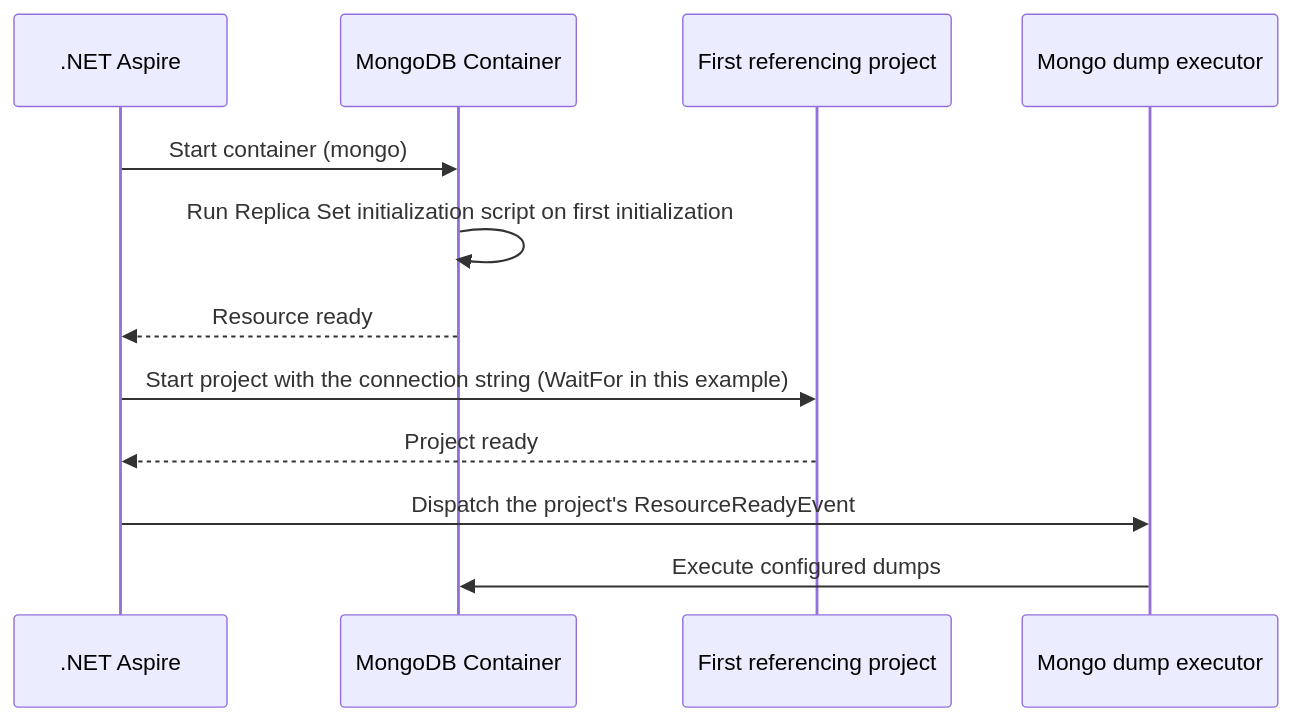
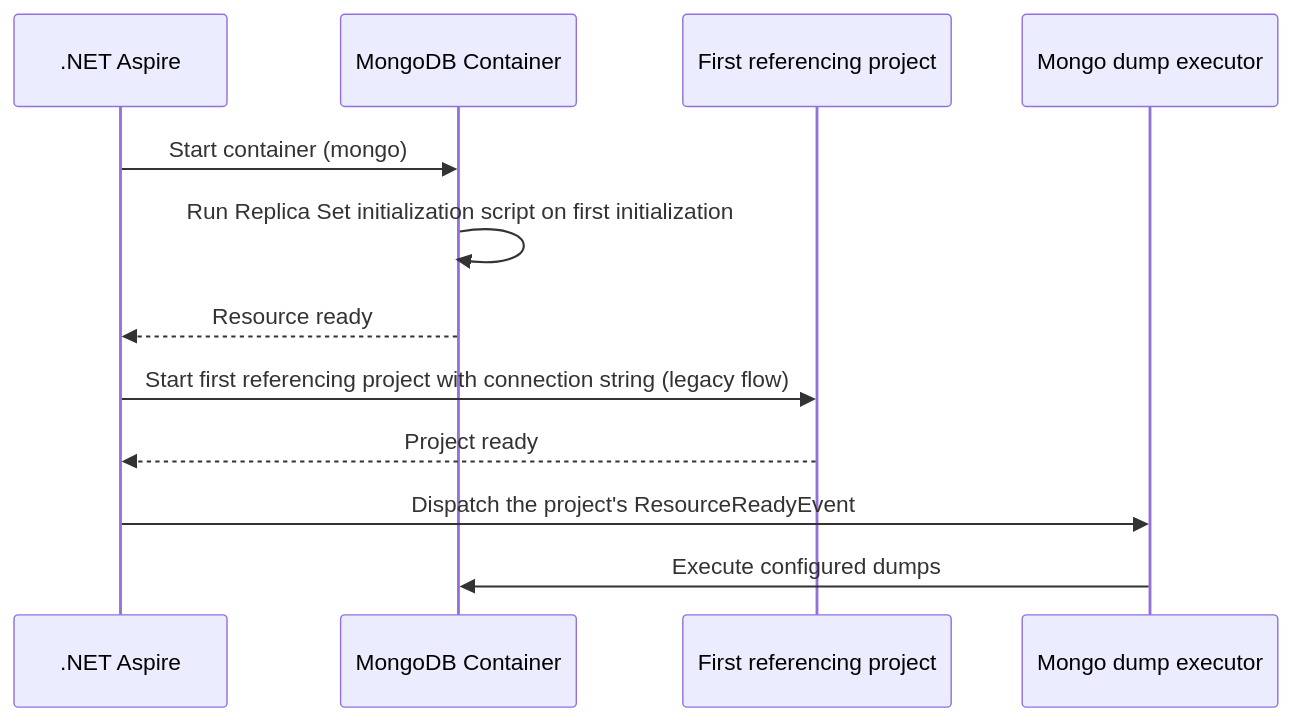
The diagram in src/MVFC.Aspire.Helpers.Mongo/README.md (Marcus-V-Freitas/MVFC.Aspire.Helpers), drawn with Mermaid before and after one commit. The commit also changed other lines of this file and 74 other files, not shown here.

````diff
--- a/src/MVFC.Aspire.Helpers.Mongo/README.md
+++ b/src/MVFC.Aspire.Helpers.Mongo/README.md
@@ -132,15 +138,15 @@
 ```mermaid
 sequenceDiagram
     participant Aspire as .NET Aspire
     participant Container as MongoDB Container
     participant Project as First referencing project
     participant Executor as Mongo dump executor
 
     Aspire->>Container: Start container (mongo)
     Container->>Container: Run Replica Set initialization script on first initialization
     Container-->>Aspire: Resource ready
-    Aspire->>Project: Start project with the connection string (WaitFor in this example)
+    Aspire->>Project: Start first referencing project with connection string (legacy flow)
     Project-->>Aspire: Project ready
     Aspire->>Executor: Dispatch the project's ResourceReadyEvent
     Executor->>Container: Execute configured dumps
 ```
````
